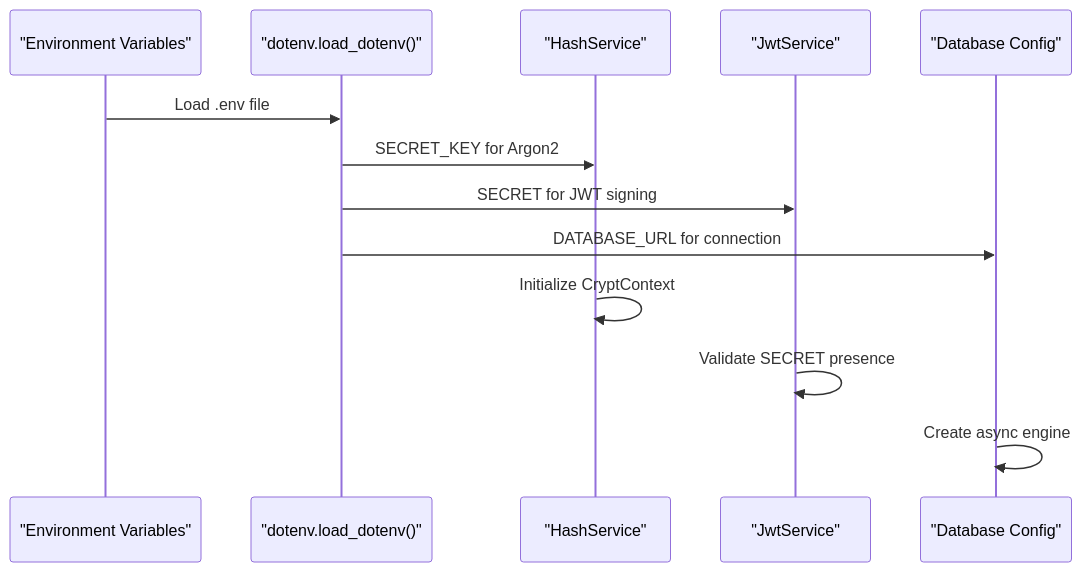
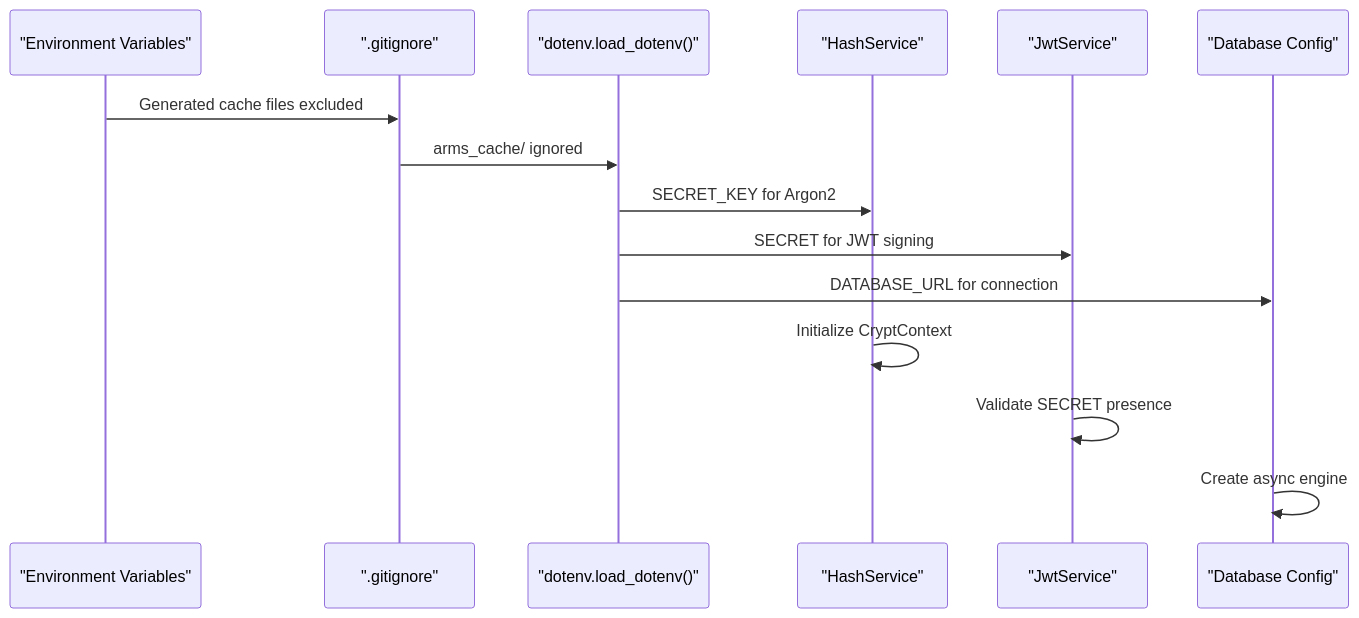
Before and after one commit to srikant-panda/auth-service: the second of 3 diagrams in .qoder/repowiki/en/content/Core Concepts/Configuration Management.md, drawn with Mermaid. The commit also changed other lines of this file and 19 other files, not shown here.

````diff
--- a/.qoder/repowiki/en/content/Core Concepts/Configuration Management.md
+++ b/.qoder/repowiki/en/content/Core Concepts/Configuration Management.md
@@ -87,15 +95,17 @@
 ```mermaid
 sequenceDiagram
 participant Env as "Environment Variables"
+participant Git as ".gitignore"
 participant Loader as "dotenv.load_dotenv()"
 participant Hash as "HashService"
 participant JWT as "JwtService"
 participant DB as "Database Config"
-Env->>Loader : Load .env file
+Env->>Git : Generated cache files excluded
+Git->>Loader : arms_cache/ ignored
 Loader->>Hash : SECRET_KEY for Argon2
 Loader->>JWT : SECRET for JWT signing
 Loader->>DB : DATABASE_URL for connection
 Hash->>Hash : Initialize CryptContext
 JWT->>JWT : Validate SECRET presence
 DB->>DB : Create async engine
 ```
````
